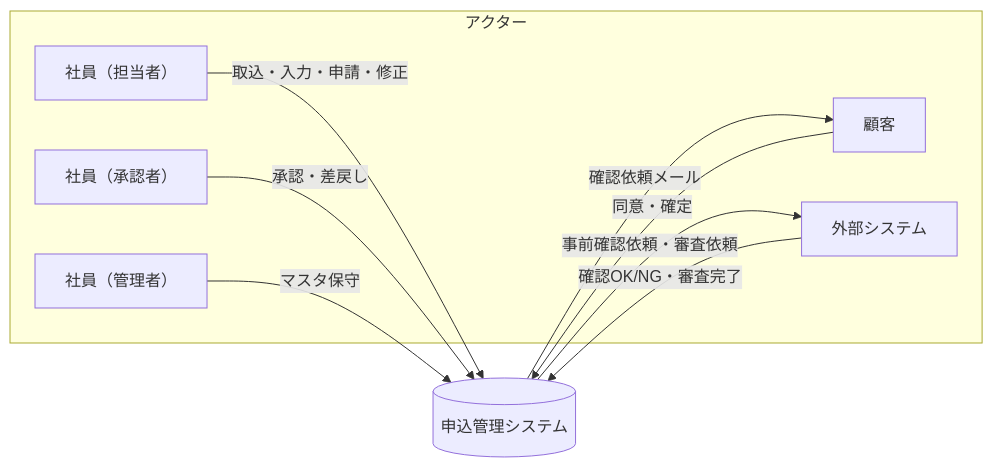
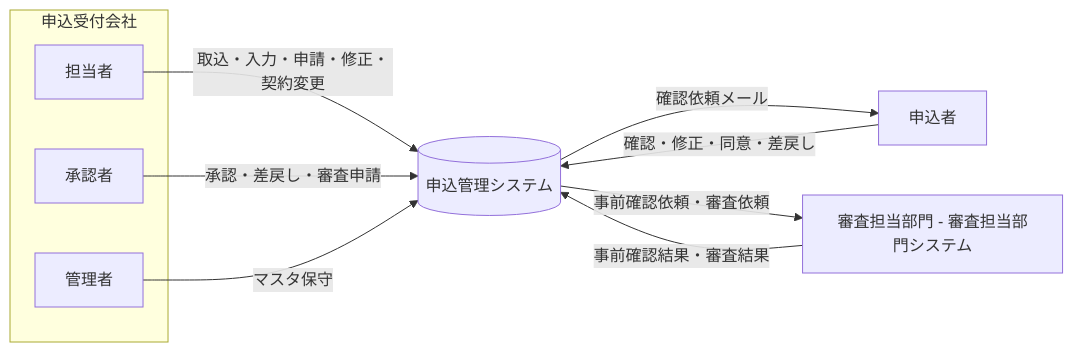
Before and after one commit to yasudaProduct/JavaServletSample2: the first of 2 diagrams in docs/basic-design/01-overview.md, drawn with Mermaid. The commit also changed other lines of this file and 26 other files, not shown here.

````diff
--- a/docs/basic-design/01-overview.md
+++ b/docs/basic-design/01-overview.md
@@ -32,18 +32,18 @@
 ```mermaid
 flowchart LR
-    subgraph actors[アクター]
-        EMP_OWNER[社員（担当者）]
-        EMP_APPROVER[社員（承認者）]
-        EMP_ADMIN[社員（管理者）]
-        CUSTOMER[顧客]
-        EXT[外部システム]
+    subgraph company[申込受付会社]
+        EMP_OWNER[担当者]
+        EMP_APPROVER[承認者]
+        EMP_ADMIN[管理者]
     end
+    APPLICANT[申込者]
+    REVIEWER[審査担当部門 - 審査担当部門システム]
     SYS[(申込管理システム)]
-    EMP_OWNER -- 取込・入力・申請・修正 --> SYS
-    EMP_APPROVER -- 承認・差戻し --> SYS
+    EMP_OWNER -- 取込・入力・申請・修正・契約変更 --> SYS
+    EMP_APPROVER -- 承認・差戻し・審査申請 --> SYS
     EMP_ADMIN -- マスタ保守 --> SYS
-    SYS -- 確認依頼メール --> CUSTOMER
-    CUSTOMER -- 同意・確定 --> SYS
-    SYS -- 事前確認依頼・審査依頼 --> EXT
-    EXT -- 確認OK/NG・審査完了 --> SYS
+    SYS -- 確認依頼メール --> APPLICANT
+    APPLICANT -- 確認・修正・同意・差戻し --> SYS
+    SYS -- 事前確認依頼・審査依頼 --> REVIEWER
+    REVIEWER -- 事前確認結果・審査結果 --> SYS
 ```
````
